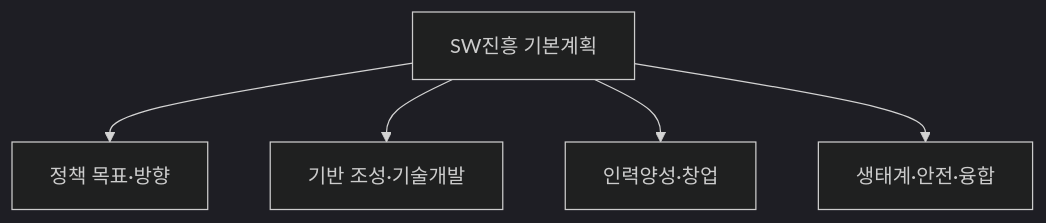
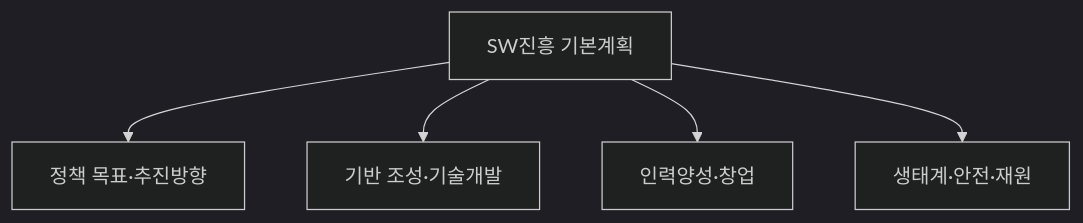
The diagram in content/software-promotion-act.md (coninggu/wjdqhrhksflrltnftk), drawn with Mermaid (dark theme) before and after one commit. The commit also changed other lines of this file and 3 other files, not shown here.

````diff
--- a/content/software-promotion-act.md
+++ b/content/software-promotion-act.md
@@ -13,7 +15,7 @@
 ```mermaid
 flowchart TB
-  P[SW진흥 기본계획] --> A[정책 목표·방향]
+  P[SW진흥 기본계획] --> A[정책 목표·추진방향]
   P --> B[기반 조성·기술개발]
   P --> C[인력양성·창업]
-  P --> D[생태계·안전·융합]
+  P --> D[생태계·안전·재원]
 ```
````
